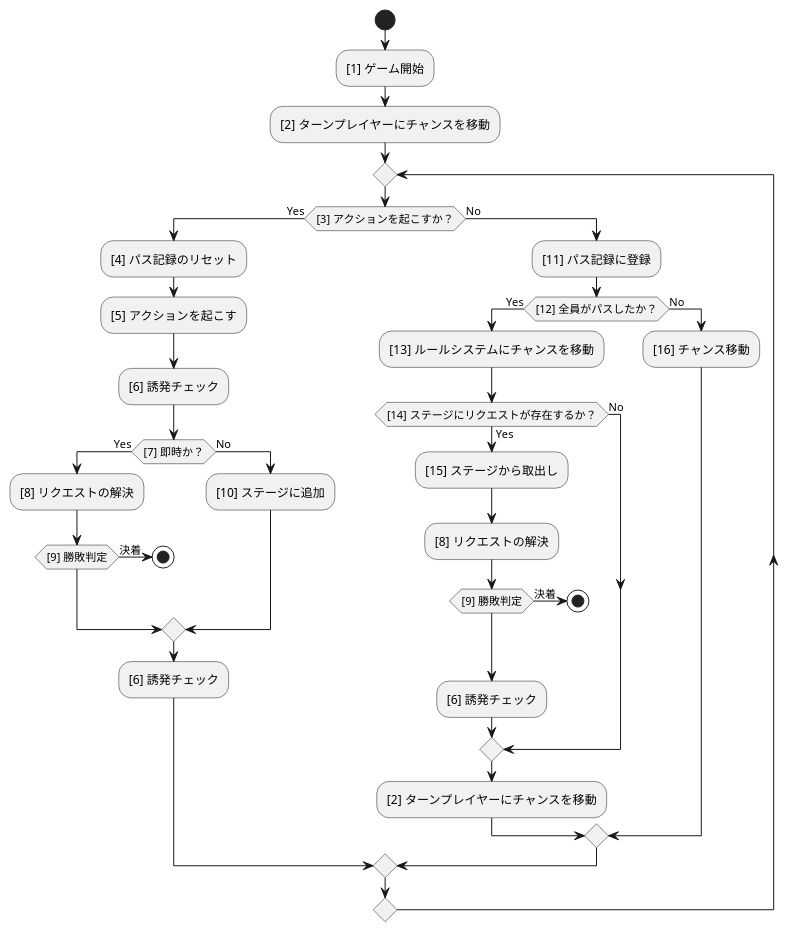
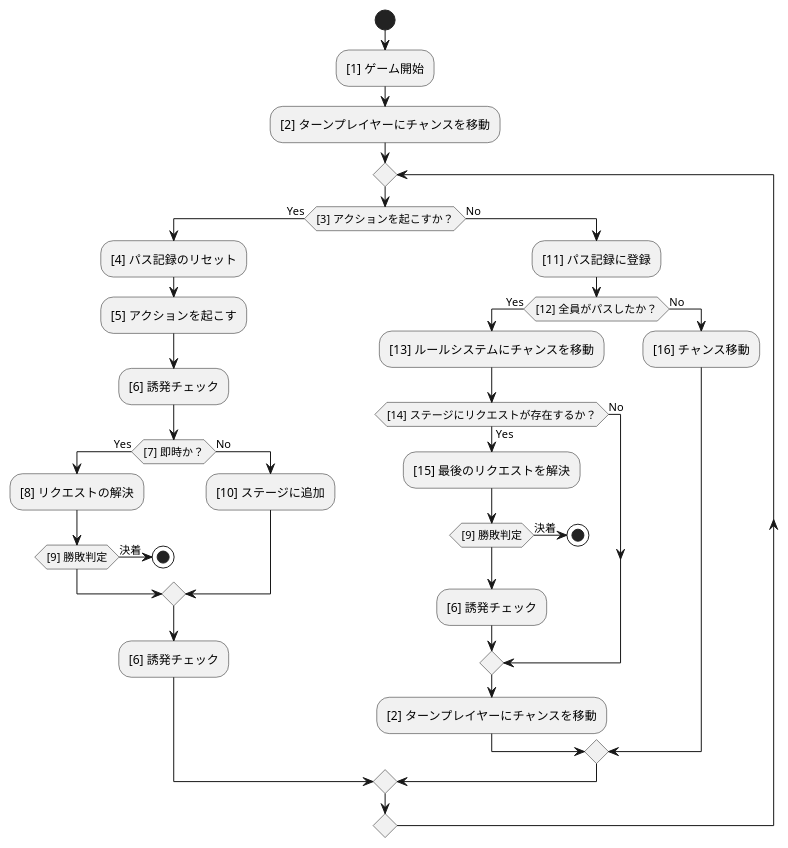
Before and after one commit to BlackPoker/BlackPoker: the diagram in source/core/coreflow.puml, drawn with PlantUML. The commit also changed 1 other file, not shown here.

```diff
--- a/source/core/coreflow.puml
+++ b/source/core/coreflow.puml
@@ -1,38 +1,37 @@
 @startuml
 start
 :[1] ゲーム開始;
 :[2] ターンプレイヤーにチャンスを移動;
 repeat
 if ([3] アクションを起こすか？) then (Yes)
     :[4] パス記録のリセット;
     :[5] アクションを起こす;
     :[6] 誘発チェック;
     if ([7] 即時か？) then (Yes)
         :[8] リクエストの解決;
         if ([9] 勝敗判定) then (決着)
             stop
         endif
     else (No)
         :[10] ステージに追加;
     endif
     :[6] 誘発チェック;
 else (No)
     :[11] パス記録に登録;
     if ([12] 全員がパスしたか？) then (Yes)
         :[13] ルールシステムにチャンスを移動;
         if ([14] ステージにリクエストが存在するか？) then (Yes)
-            :[15] ステージから取出し;
-            :[8] リクエストの解決;
+            :[15] 最後のリクエストを解決;
             if ([9] 勝敗判定) then (決着)
                 stop
             endif
             :[6] 誘発チェック;
         else (No)
         endif
         :[2] ターンプレイヤーにチャンスを移動;
     else (No)
         :[16] チャンス移動;
     endif
 endif
 repeat while()
 @enduml
```
